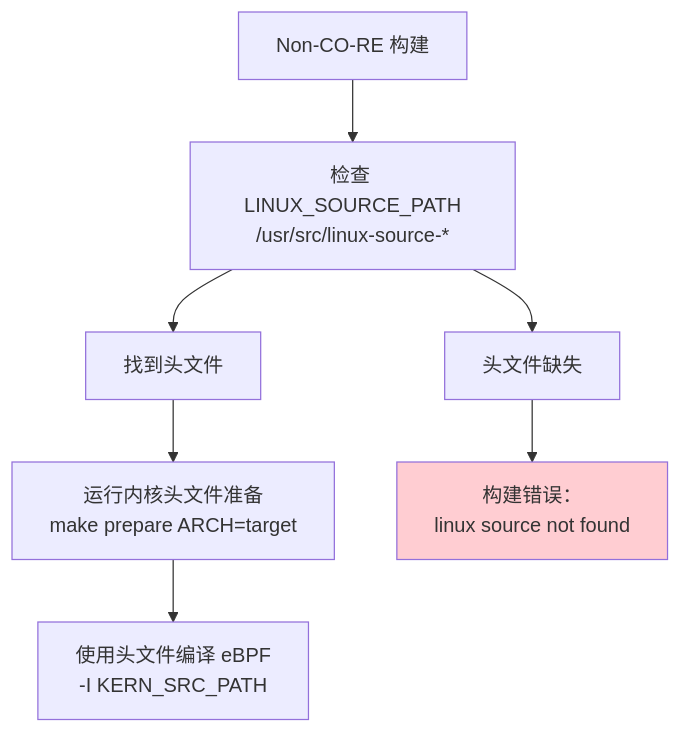
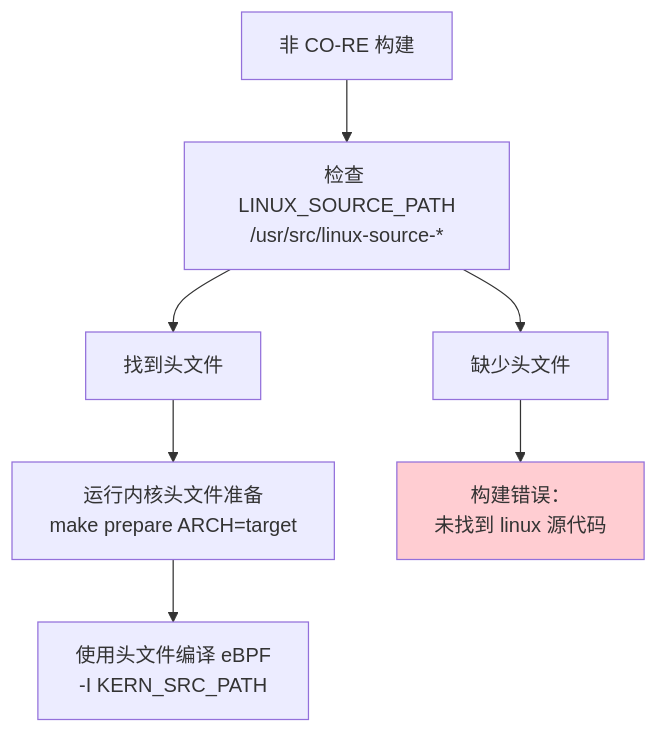
The third of 9 diagrams in src/zh/1-overview/1.3-dependencies-and-system-requirements.md (gojue/ecapture.cc), drawn with Mermaid before and after one commit. The commit also changed other lines of this file and 70 other files, not shown here.

Commit message:
feat: update sidebar and navigation links for architecture and shell command auditing sections

````diff
--- a/src/zh/1-overview/1.3-dependencies-and-system-requirements.md
+++ b/src/zh/1-overview/1.3-dependencies-and-system-requirements.md
@@ -142,19 +164,19 @@
 ```mermaid
 graph TD
-    START["Non-CO-RE 构建"]
+    START["非 CO-RE 构建"]
     CHECK_SOURCE["检查 LINUX_SOURCE_PATH<br/>/usr/src/linux-source-*"]
     SOURCE_FOUND["找到头文件"]
-    SOURCE_NOT_FOUND["头文件缺失"]
+    SOURCE_NOT_FOUND["缺少头文件"]
     PREPARE["运行内核头文件准备<br/>make prepare ARCH=target"]
     COMPILE["使用头文件编译 eBPF<br/>-I KERN_SRC_PATH"]
-    ERROR["构建错误：<br/>linux source not found"]
+    ERROR["构建错误：<br/>未找到 linux 源代码"]
     
     START --> CHECK_SOURCE
     CHECK_SOURCE --> SOURCE_FOUND
     CHECK_SOURCE --> SOURCE_NOT_FOUND
     SOURCE_FOUND --> PREPARE
     PREPARE --> COMPILE
     SOURCE_NOT_FOUND --> ERROR
     
     style ERROR fill:#ffcdd2
 ```
````
